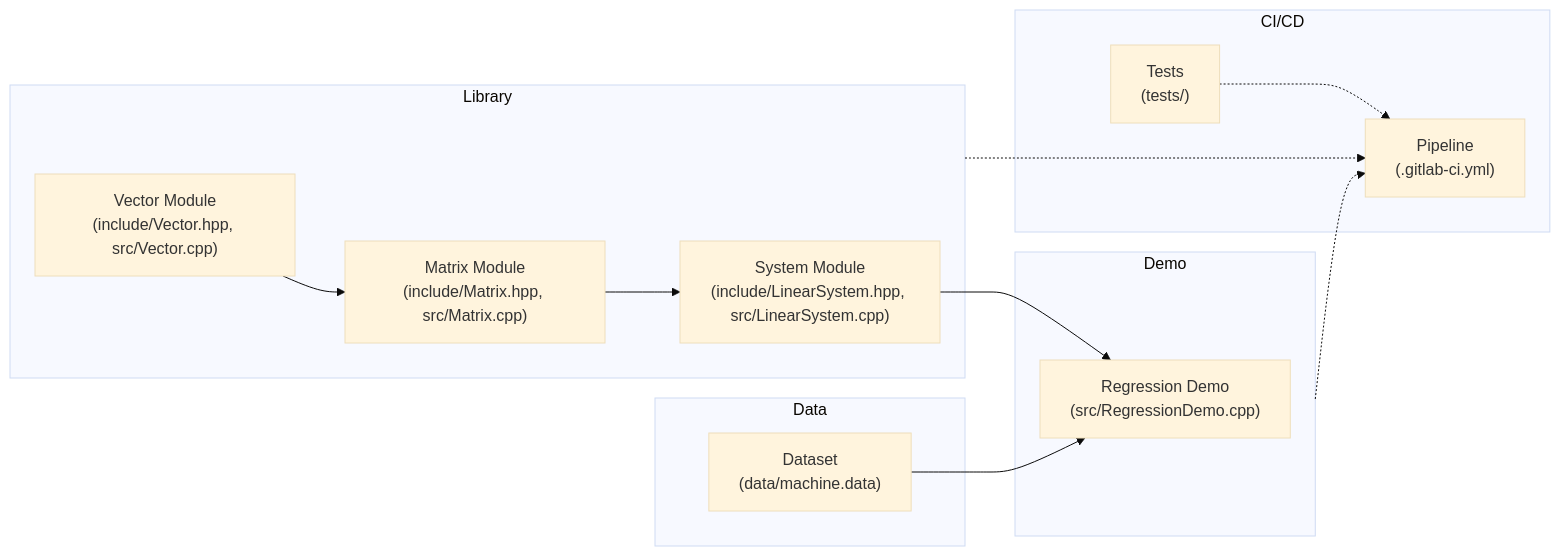
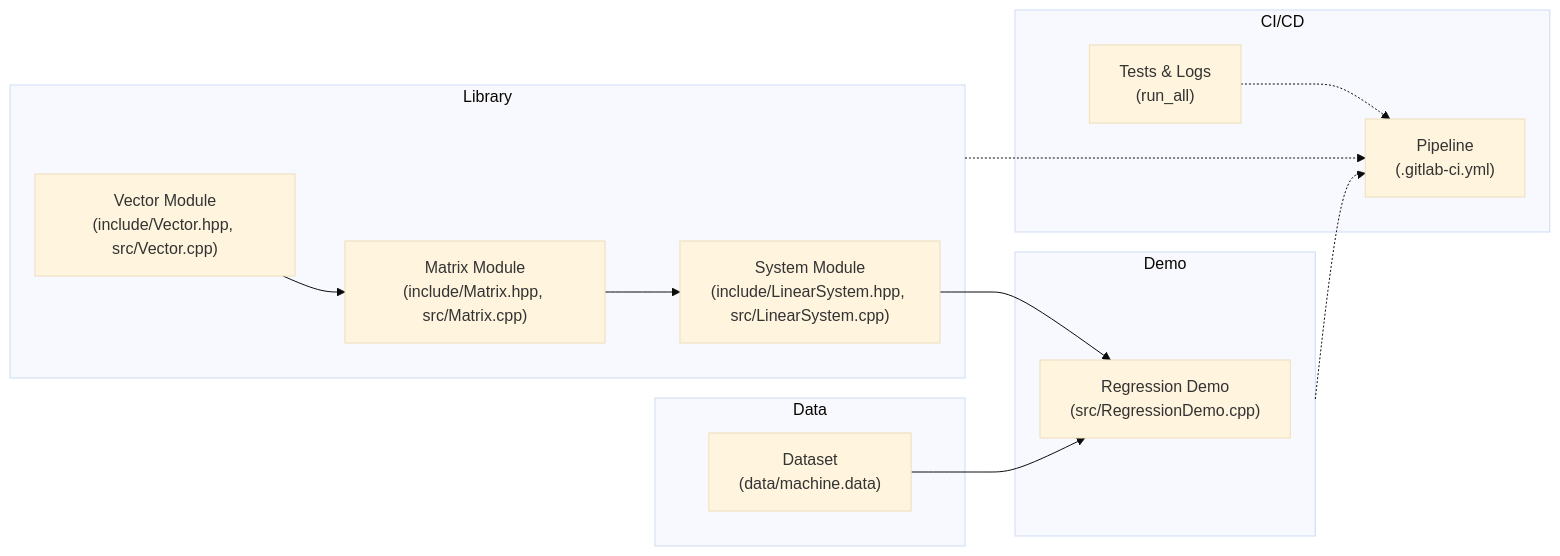
The diagram in README.md (Minhcardanian/cpp-linalg-regression-1), drawn with Mermaid (base theme) before and after one commit. The commit also changed other lines of this file, not shown here.

````diff
--- a/README.md
+++ b/README.md
@@ -38,31 +48,24 @@
 ```mermaid
 flowchart LR
     subgraph Library
-        V["Vector Module
-(include/Vector.hpp, src/Vector.cpp)"]
-        M["Matrix Module
-(include/Matrix.hpp, src/Matrix.cpp)"]
-        S["System Module
-(include/LinearSystem.hpp, src/LinearSystem.cpp)"]
+        V["Vector Module\n(include/Vector.hpp, src/Vector.cpp)"]
+        M["Matrix Module\n(include/Matrix.hpp, src/Matrix.cpp)"]
+        S["System Module\n(include/LinearSystem.hpp, src/LinearSystem.cpp)"]
     end
     subgraph Demo
-        D["Regression Demo
-(src/RegressionDemo.cpp)"]
+        D["Regression Demo\n(src/RegressionDemo.cpp)"]
     end
     subgraph Data
-        DD["Dataset
-(data/machine.data)"]
+        DD["Dataset\n(data/machine.data)"]
     end
     subgraph CI/CD
-        C["Pipeline
-(.gitlab-ci.yml)"]
-        T["Tests
-(tests/)"]
+        C["Pipeline\n(.gitlab-ci.yml)"]
+        T["Tests & Logs\n(run_all)"]
     end
 
     V --> M --> S --> D
     DD --> D
     Library -.-> C
     Demo -.-> C
     T -.-> C
 ```
````
